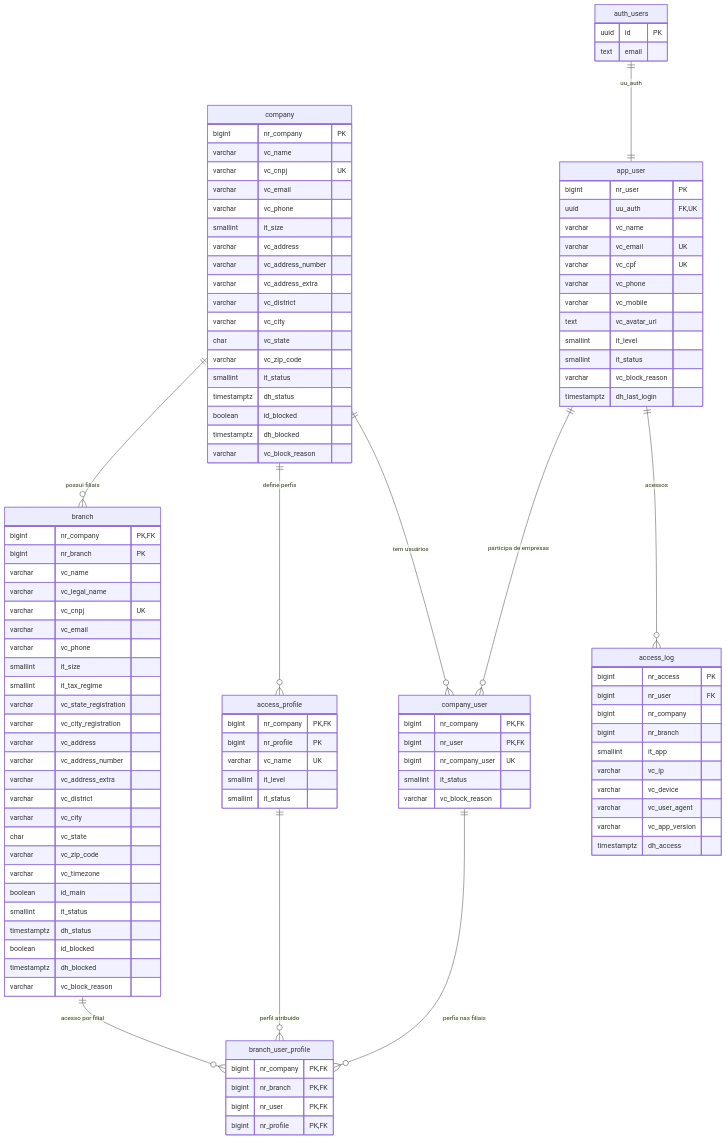
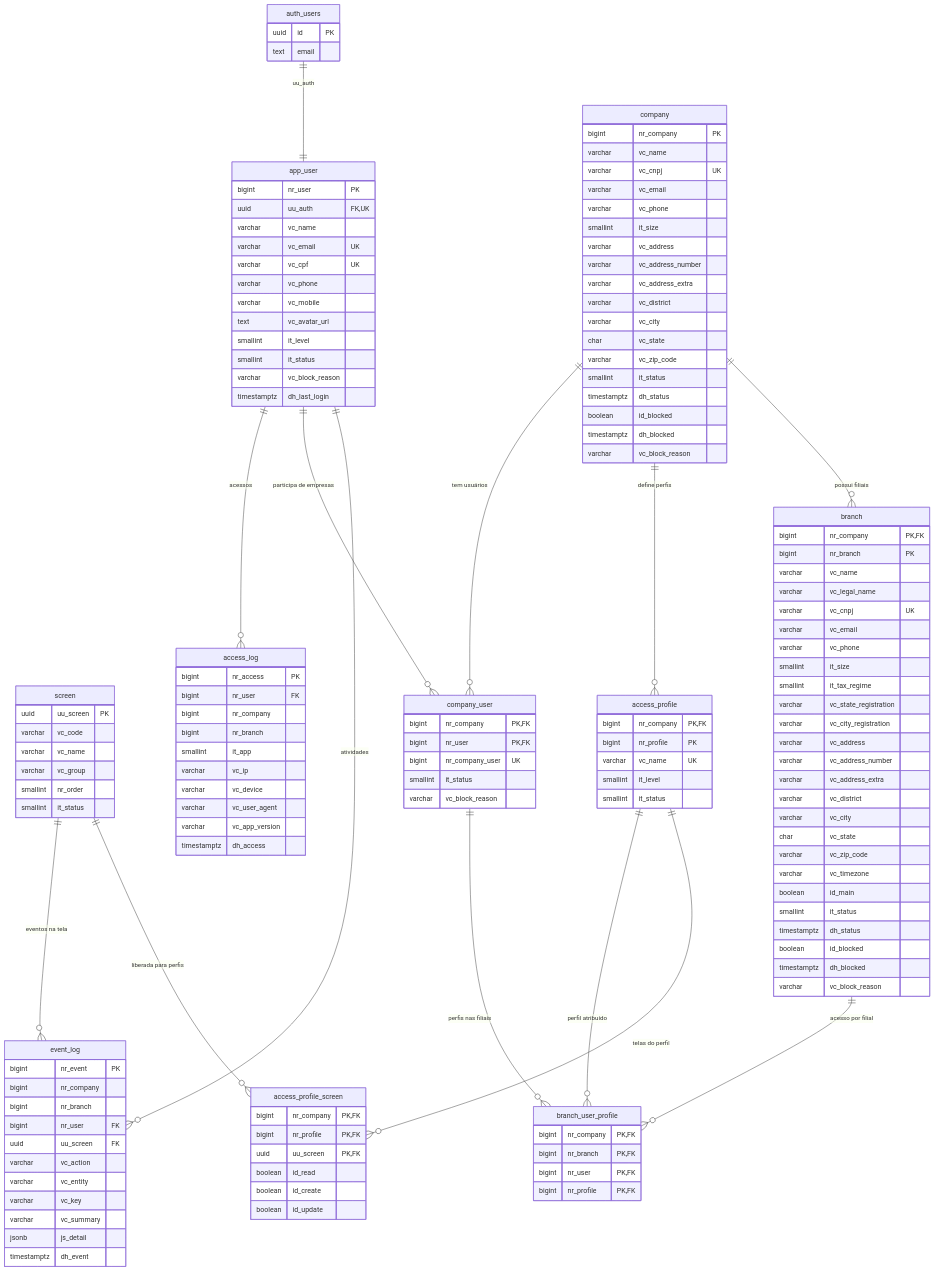
Before and after one commit to clinifysolucoes/supabase: the diagram in docs/DATA_DICTIONARY.md, drawn with Mermaid. The commit also changed other lines of this file and 23 other files, not shown here.

````diff
--- a/docs/DATA_DICTIONARY.md
+++ b/docs/DATA_DICTIONARY.md
@@ -48,5 +51,9 @@
 ```mermaid
 erDiagram
+  screen ||--o{ access_profile_screen : "liberada para perfis"
+  access_profile ||--o{ access_profile_screen : "telas do perfil"
+  app_user ||--o{ event_log : "atividades"
+  screen ||--o{ event_log : "eventos na tela"
   company ||--o{ branch : "possui filiais"
   company ||--o{ access_profile : "define perfis"
   company ||--o{ company_user : "tem usuários"
@@ -153,4 +160,33 @@
     varchar vc_app_version
     timestamptz dh_access
   }
+  screen {
+    uuid uu_screen PK
+    varchar vc_code
+    varchar vc_name
+    varchar vc_group
+    smallint nr_order
+    smallint it_status
+  }
+  access_profile_screen {
+    bigint nr_company PK, FK
+    bigint nr_profile PK, FK
+    uuid uu_screen PK, FK
+    boolean id_read
+    boolean id_create
+    boolean id_update
+  }
+  event_log {
+    bigint nr_event PK
+    bigint nr_company
+    bigint nr_branch
+    bigint nr_user FK
+    uuid uu_screen FK
+    varchar vc_action
+    varchar vc_entity
+    varchar vc_key
+    varchar vc_summary
+    jsonb js_detail
+    timestamptz dh_event
+  }
 ```
````
